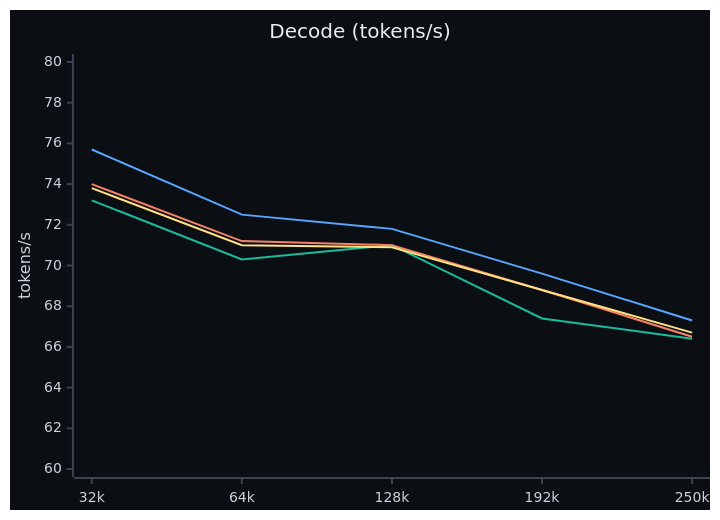
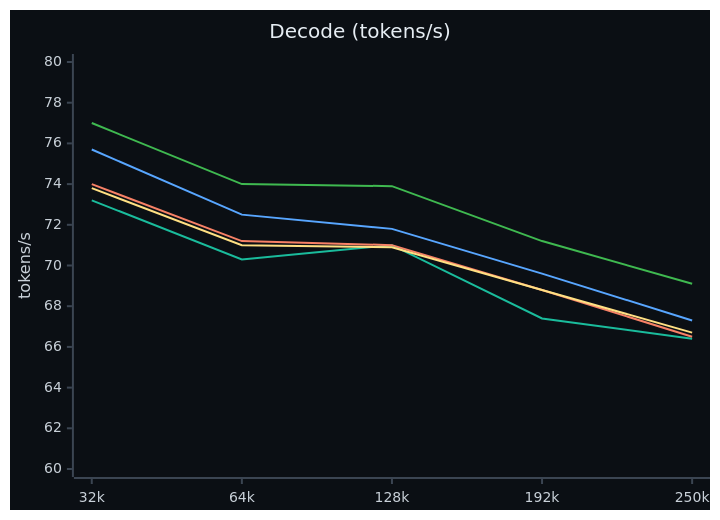
One commit to jaedync/crucible-strix-halo changed the fourth of 4 diagrams in docs/RESULTS.md. Above: the diagram before and after it, drawn with Mermaid. The commit also changed other lines of this file and 50 other files, not shown here.

````diff
--- a/docs/RESULTS.md
+++ b/docs/RESULTS.md
@@ -167,11 +180,12 @@
 ```mermaid
-%%{init: {"theme": "base", "themeVariables": {"xyChart": {"backgroundColor": "#0b0f14", "titleColor": "#e6edf3", "xAxisLabelColor": "#c9d1d9", "yAxisLabelColor": "#c9d1d9", "xAxisTitleColor": "#c9d1d9", "yAxisTitleColor": "#c9d1d9", "xAxisLineColor": "#3b4552", "yAxisLineColor": "#3b4552", "xAxisTickColor": "#3b4552", "yAxisTickColor": "#3b4552", "plotColorPalette": "#1abc9c, #f78166, #ffe083, #58a6ff"}}}}%%
+%%{init: {"theme": "base", "themeVariables": {"xyChart": {"backgroundColor": "#0b0f14", "titleColor": "#e6edf3", "xAxisLabelColor": "#c9d1d9", "yAxisLabelColor": "#c9d1d9", "xAxisTitleColor": "#c9d1d9", "yAxisTitleColor": "#c9d1d9", "xAxisLineColor": "#3b4552", "yAxisLineColor": "#3b4552", "xAxisTickColor": "#3b4552", "yAxisTickColor": "#3b4552", "plotColorPalette": "#1abc9c, #f78166, #ffe083, #58a6ff, #3fb950"}}}}%%
 xychart-beta
     title "Decode (tokens/s)"
     x-axis ["32k", "64k", "128k", "192k", "250k"]
     y-axis "tokens/s" 60 --> 80
     line [73.2, 70.3, 71.0, 67.4, 66.4]
     line [74.0, 71.2, 71.0, 68.8, 66.5]
     line [73.8, 71.0, 70.9, 68.8, 66.7]
     line [75.7, 72.5, 71.8, 69.6, 67.3]
+    line [77.0, 74.0, 73.9, 71.2, 69.1]
 ```
````
